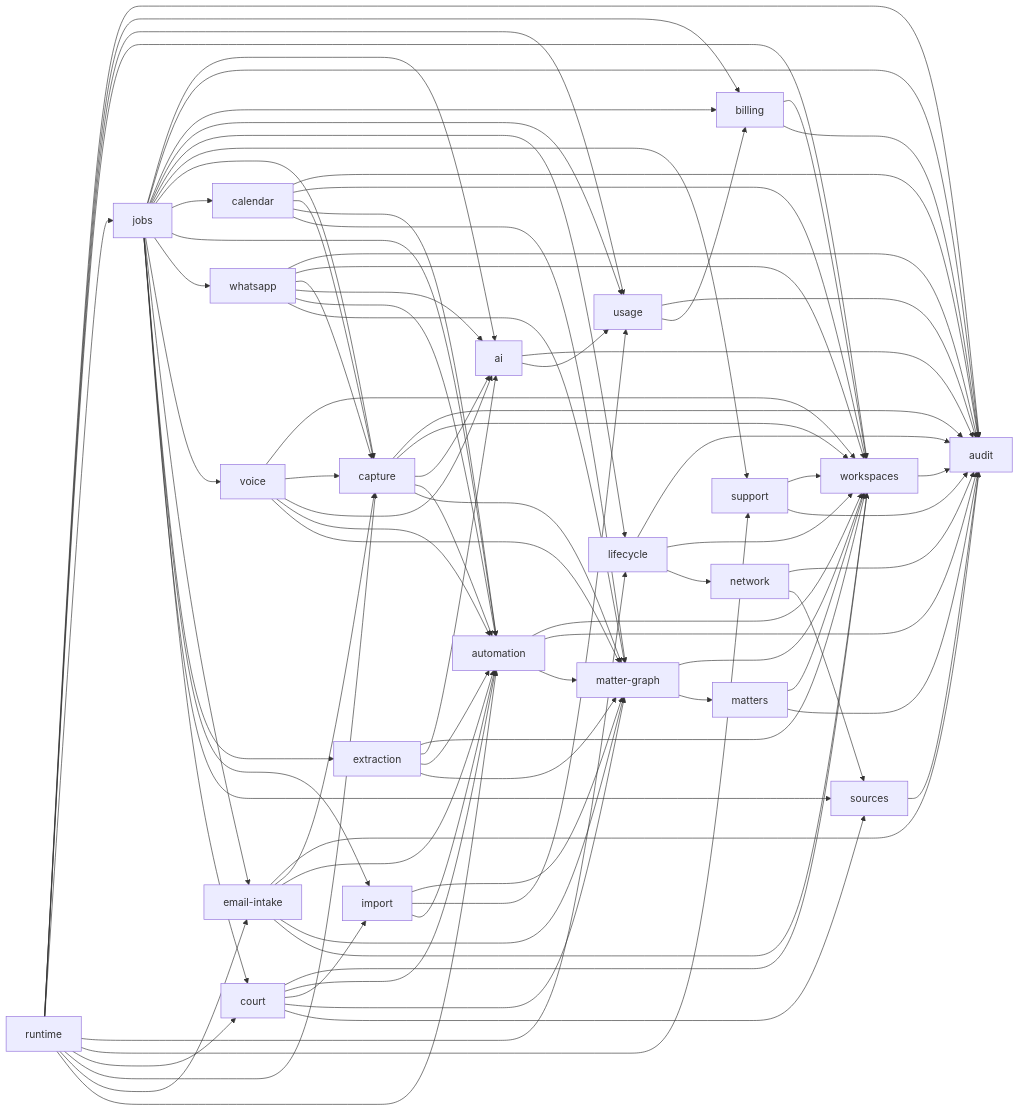
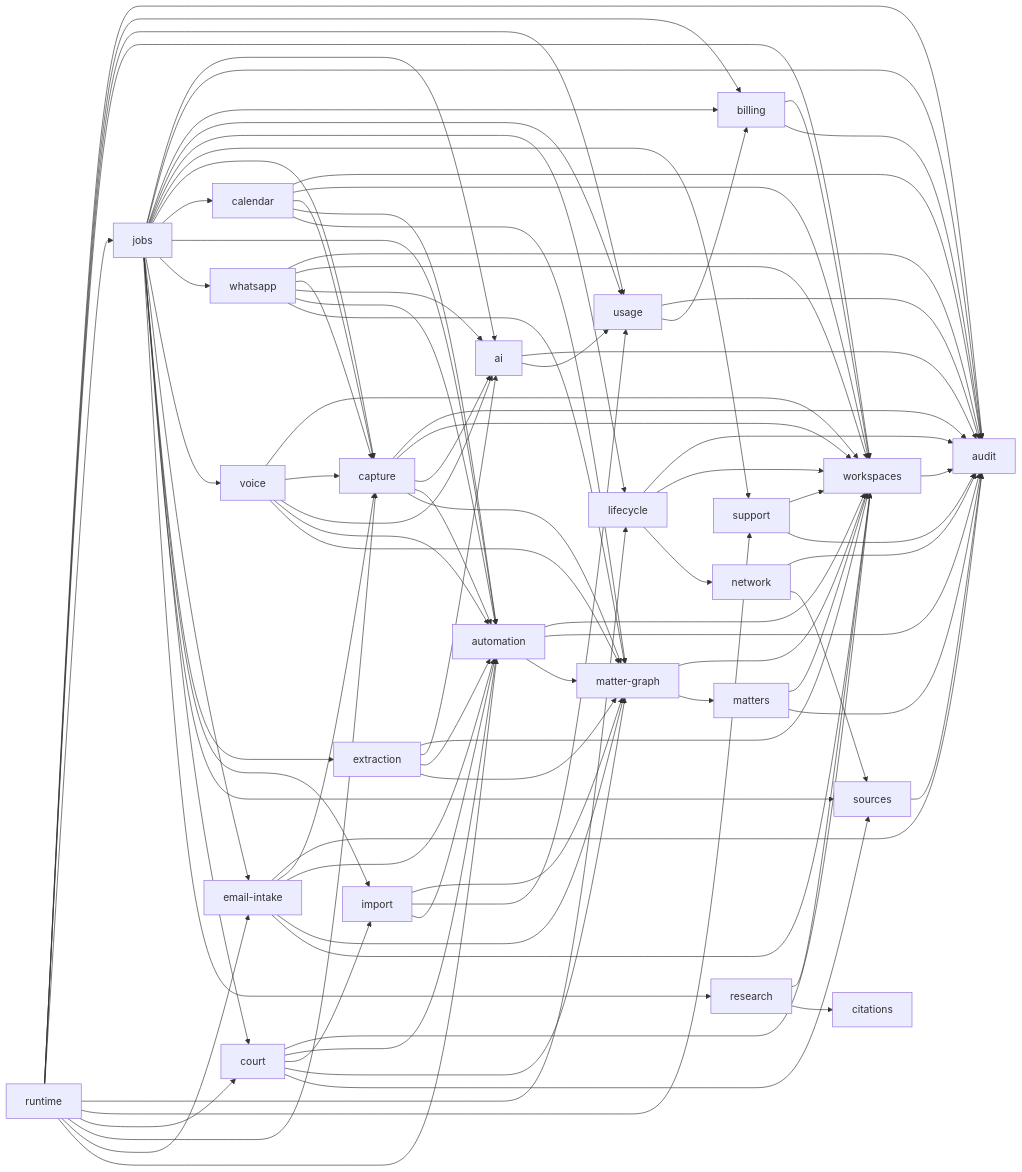
The diagram in docs/engineering/core-domains.md (RapierCraftStudios/causedeck), drawn with Mermaid before and after one commit. The commit also changed other lines of this file and 9 other files, not shown here.

```diff
--- a/docs/engineering/core-domains.md
+++ b/docs/engineering/core-domains.md
@@ -95,6 +96,8 @@
   lifecycle --> workspaces
   lifecycle --> network
   sources --> audit
+  research --> workspaces
+  research --> citations
   network --> audit
   network --> sources
   support --> workspaces
@@ -125,6 +128,7 @@
   jobs --> import
   jobs --> court
   jobs --> sources
+  jobs --> research
   calendar --> audit
   calendar --> workspaces
   calendar --> capture
```
